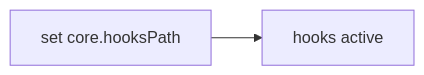
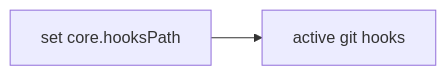
Before and after one commit to cptntrps/bookmatch: the third of 4 diagrams in docs/3_WORKFLOWS.md, drawn with Mermaid. The commit also changed other lines of this file and 5 other files, not shown here.

````diff
--- a/docs/3_WORKFLOWS.md
+++ b/docs/3_WORKFLOWS.md
@@ -91,4 +83,4 @@
 ```mermaid
 graph LR
-    A[set core.hooksPath] --> B[hooks active]
+    A[set core.hooksPath] --> B[active git hooks]
 ```
````
